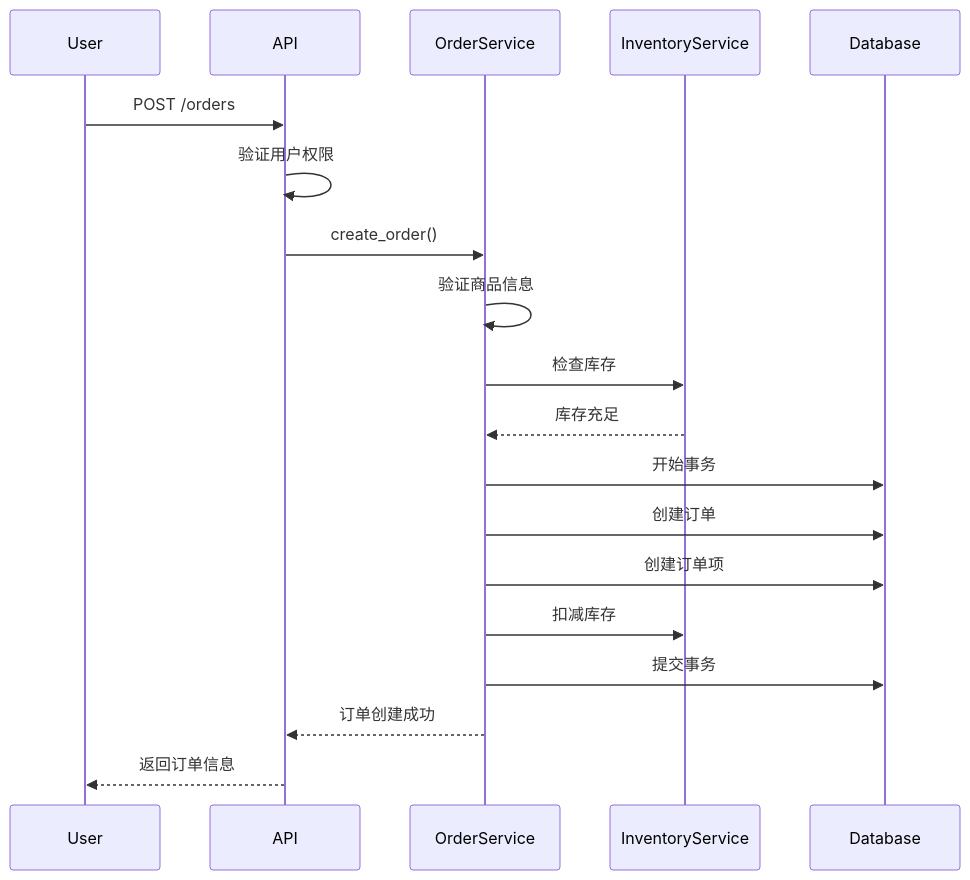
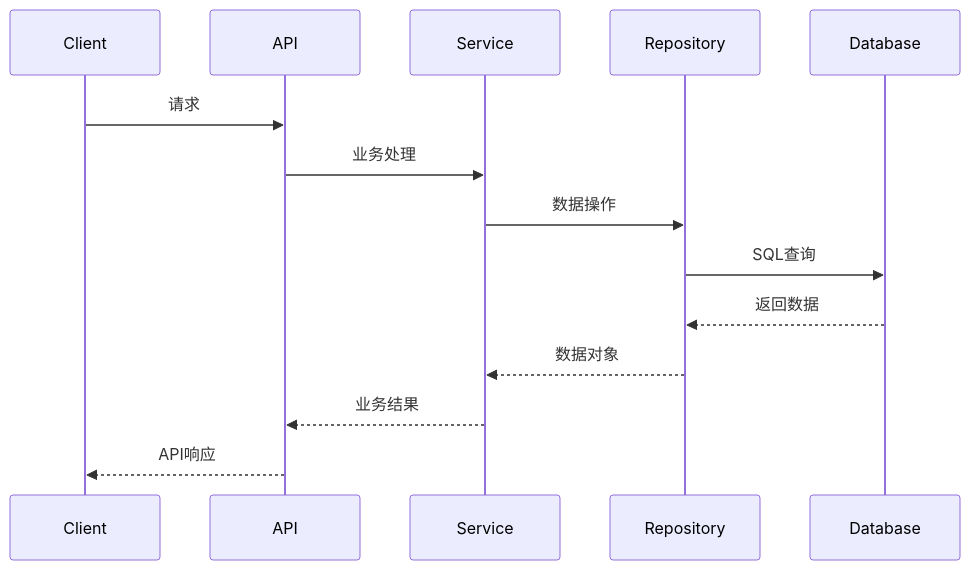
One commit to HaoranTong/ecommerce_platform changed the second of 3 diagrams in docs/modules/order-management/design.md. Above: the diagram before and after it, drawn with Mermaid. The commit also changed other lines of this file and 184 other files, not shown here.

````diff
--- a/docs/modules/order-management/design.md
+++ b/docs/modules/order-management/design.md
@@ -251,22 +115,17 @@
 ```mermaid
 sequenceDiagram
-    participant User
-    participant API
-    participant OrderService  
-    participant InventoryService
-    participant Database
+    participant C as Client
+    participant A as API
+    participant S as Service
+    participant R as Repository
+    participant D as Database
     
-    User->>API: POST /orders
-    API->>API: 验证用户权限
-    API->>OrderService: create_order()
-    OrderService->>OrderService: 验证商品信息
-    OrderService->>InventoryService: 检查库存
-    InventoryService-->>OrderService: 库存充足
-    OrderService->>Database: 开始事务
-    OrderService->>Database: 创建订单
-    OrderService->>Database: 创建订单项
-    OrderService->>InventoryService: 扣减库存
-    OrderService->>Database: 提交事务
-    OrderService-->>API: 订单创建成功
-    API-->>User: 返回订单信息
+    C->>A: 请求
+    A->>S: 业务处理
+    S->>R: 数据操作
+    R->>D: SQL查询
+    D-->>R: 返回数据
+    R-->>S: 数据对象
+    S-->>A: 业务结果
+    A-->>C: API响应
 ```
````
